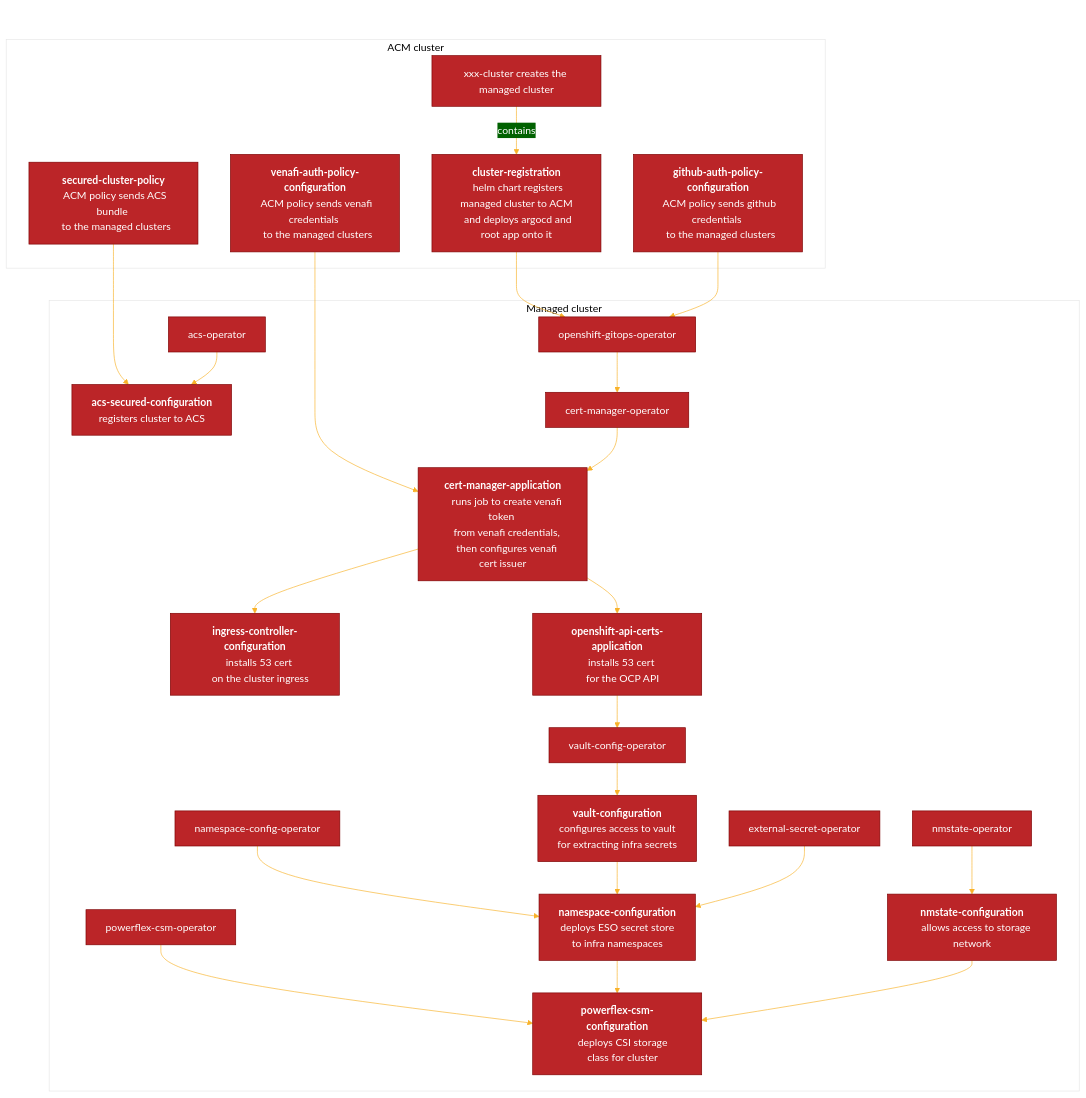
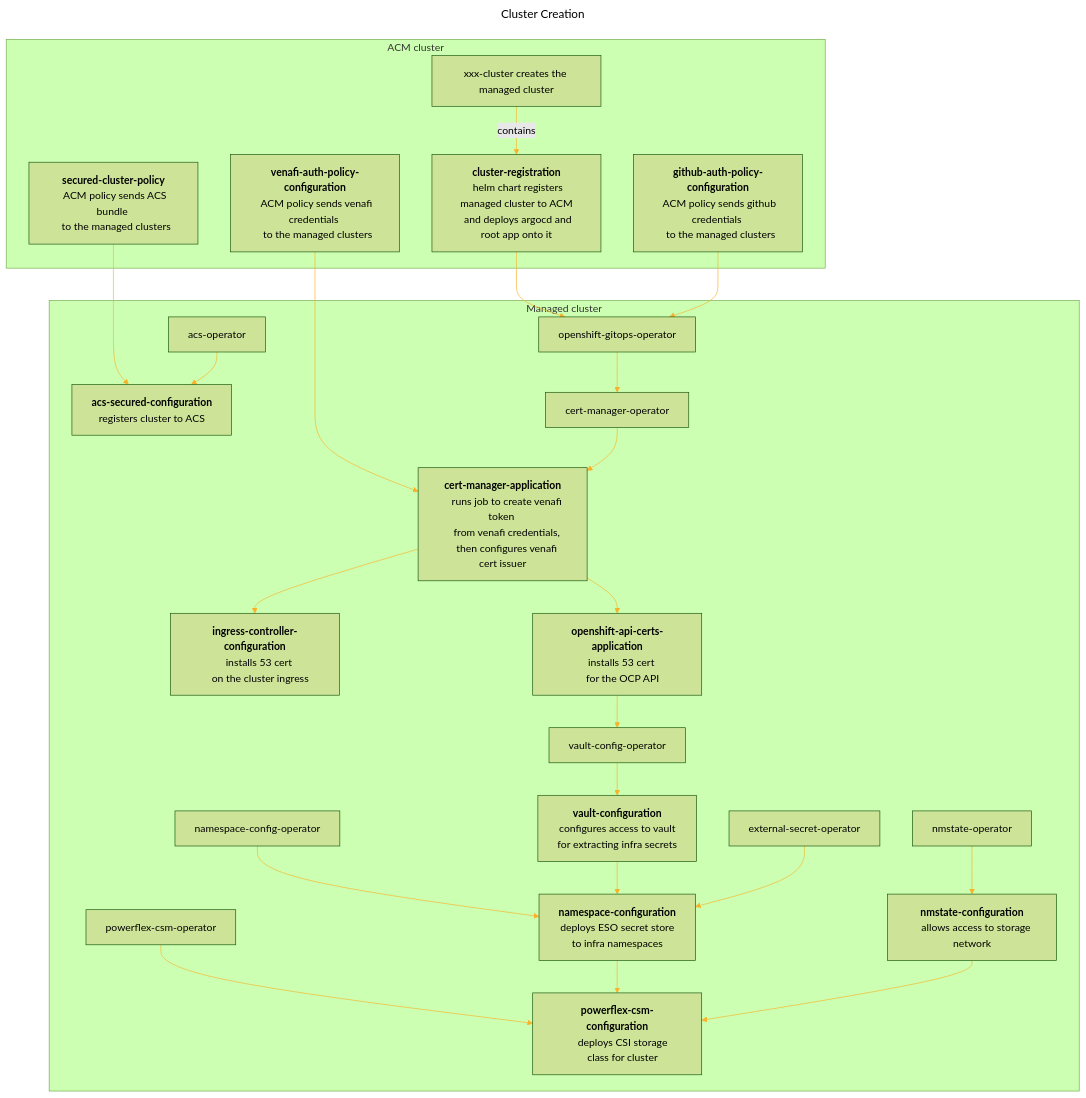
Before and after one commit to mmwillingham/acm: the diagram in test-mermaid/test-mermaid.build.md, drawn with Mermaid.

````diff
--- a/test-mermaid/test-mermaid.build.md
+++ b/test-mermaid/test-mermaid.build.md
@@ -2,68 +2,68 @@
 ```mermaid
 ---
 title: Cluster Creation
 ---
 %%{
   init: {
-    'theme': 'base',
+    'theme': 'forest',
     'themeVariables': {
       'primaryColor': '#BB2528',
       'primaryTextColor': '#fff',
       'primaryBorderColor': '#7C0000',
       'lineColor': '#F8B229',
       'secondaryColor': '#006100',
       'tertiaryColor': '#fff'
     }
   }
 }%%
 flowchart TD
 venafi-auth-policy-configuration --> cert-manager-application
 cluster-registration --> openshift-gitops-operator
 github-auth-policy-configuration --> openshift-gitops-operator
 secured-cluster-policy --> acs-secured-configuration
 subgraph ACM cluster
 xxx-cluster["xxx-cluster creates the managed cluster"] -- contains --> cluster-registration["<b>cluster-registration</b>
   helm chart registers managed cluster to ACM
   and deploys argocd and root app onto it"]
 venafi-auth-policy-configuration["<b>venafi-auth-policy-configuration</b>
   ACM policy sends venafi credentials 
   to the managed clusters"]
 github-auth-policy-configuration["<b>github-auth-policy-configuration</b>
   ACM policy sends github credentials 
   to the managed clusters"]
 secured-cluster-policy["<b>secured-cluster-policy</b>
   ACM policy sends ACS bundle 
   to the managed clusters"]
 end
 subgraph Managed cluster
 openshift-gitops-operator --> cert-manager-operator
 cert-manager-operator --> cert-manager-application["<b>cert-manager-application</b>
     runs job to create venafi token 
     from venafi credentials, 
     then configures venafi cert issuer"]
 cert-manager-application --> ingress-controller-configuration["<b>ingress-controller-configuration</b>
     installs 53 cert 
     on the cluster ingress"]
 cert-manager-application --> openshift-api-certs-application["<b>openshift-api-certs-application</b>
     installs 53 cert 
     for the OCP API"]    
 openshift-api-certs-application --> vault-config-operator
 vault-config-operator --> vault-configuration["<b>vault-configuration</b>
     configures access to vault 
     for extracting infra secrets"]
 nmstate-operator --> nmstate-configuration["<b>nmstate-configuration</b>
     allows access to storage network"]
 namespace-config-operator --> namespace-configuration["<b>namespace-configuration</b>
     deploys ESO secret store 
     to infra namespaces"]
 vault-configuration --> namespace-configuration
 external-secret-operator --> namespace-configuration
 powerflex-csm-operator --> powerflex-csm-configuration["<b>powerflex-csm-configuration</b>
     deploys CSI storage
     class for cluster"]
 namespace-configuration --> powerflex-csm-configuration
 nmstate-configuration --> powerflex-csm-configuration
 acs-operator --> acs-secured-configuration["<b>acs-secured-configuration</b>
     registers cluster to ACS"]    
 end
 ```
````
